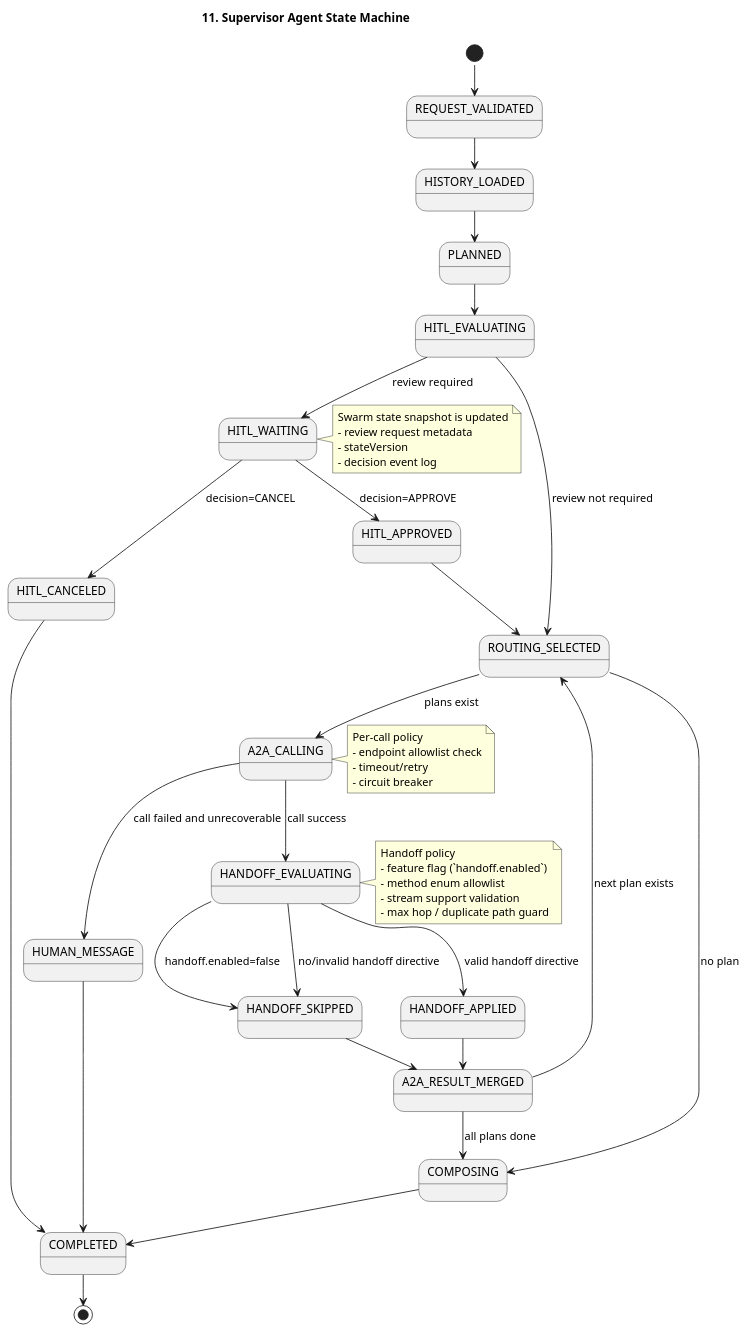
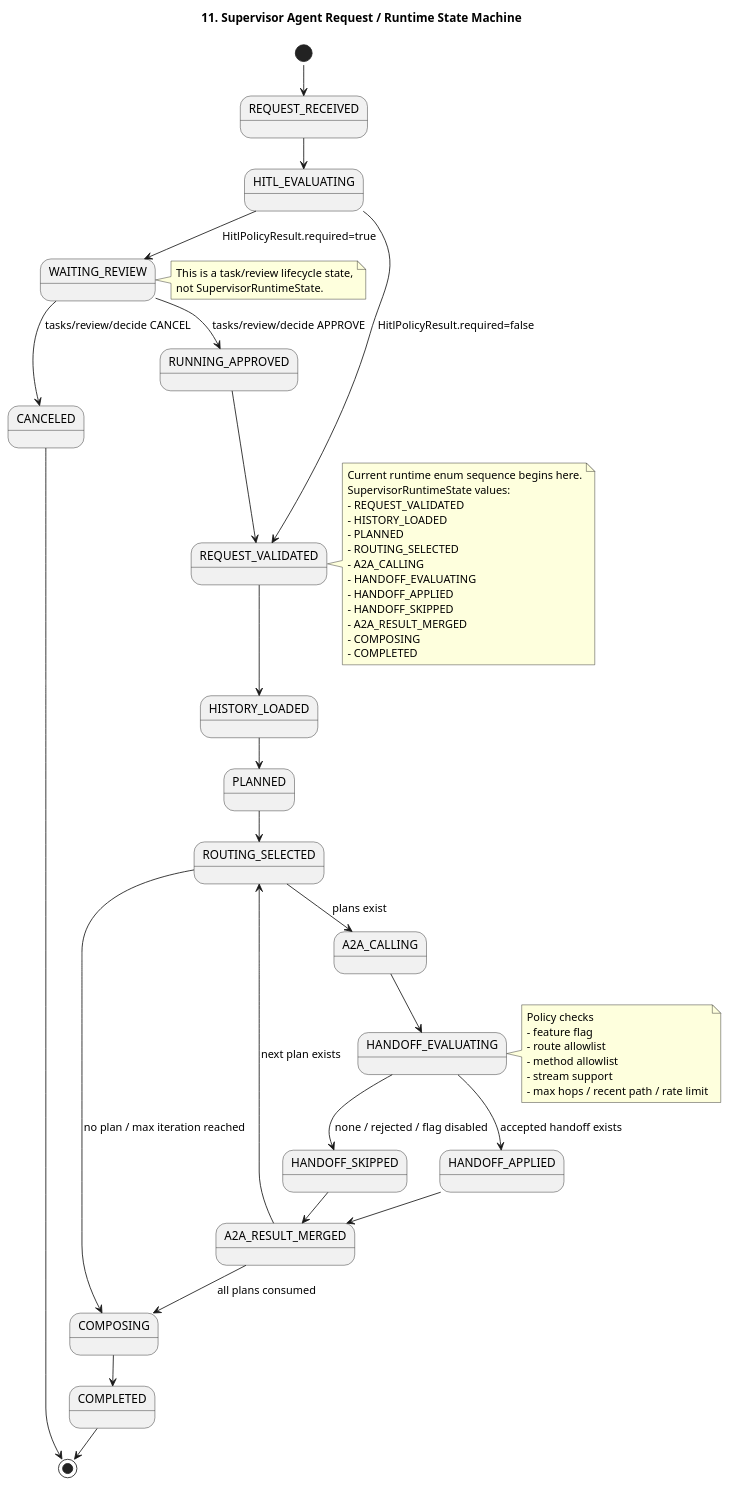
The diagram in documents/a2a-host_agent-architecture/11-supervisor-state-machine.puml (kim57uak/spring-ai), drawn with PlantUML before and after one commit. The commit also changed 15 other files, not shown here.

```diff
--- a/documents/a2a-host_agent-architecture/11-supervisor-state-machine.puml
+++ b/documents/a2a-host_agent-architecture/11-supervisor-state-machine.puml
@@ -1,65 +1,65 @@
 @startuml
 !pragma layout smetana
-title 11. Supervisor Agent State Machine
+title 11. Supervisor Agent Request / Runtime State Machine
 
 skinparam shadowing false
 
-[*] --> REQUEST_VALIDATED
+[*] --> REQUEST_RECEIVED
+REQUEST_RECEIVED --> HITL_EVALUATING
+
+HITL_EVALUATING --> WAITING_REVIEW : HitlPolicyResult.required=true
+HITL_EVALUATING --> REQUEST_VALIDATED : HitlPolicyResult.required=false
+
+WAITING_REVIEW --> RUNNING_APPROVED : tasks/review/decide APPROVE
+WAITING_REVIEW --> CANCELED : tasks/review/decide CANCEL
+
+RUNNING_APPROVED --> REQUEST_VALIDATED
+
 REQUEST_VALIDATED --> HISTORY_LOADED
 HISTORY_LOADED --> PLANNED
-PLANNED --> HITL_EVALUATING
-HITL_EVALUATING --> HITL_WAITING : review required
-HITL_EVALUATING --> ROUTING_SELECTED : review not required
-HITL_WAITING --> HITL_APPROVED : decision=APPROVE
-HITL_WAITING --> HITL_CANCELED : decision=CANCEL
-HITL_APPROVED --> ROUTING_SELECTED
-HITL_CANCELED --> COMPLETED
+PLANNED --> ROUTING_SELECTED
+ROUTING_SELECTED --> A2A_CALLING : plans exist
+ROUTING_SELECTED --> COMPOSING : no plan / max iteration reached
 
-ROUTING_SELECTED --> A2A_CALLING : plans exist
-ROUTING_SELECTED --> COMPOSING : no plan
-
-A2A_CALLING --> HANDOFF_EVALUATING : call success
-A2A_CALLING --> HUMAN_MESSAGE : call failed and unrecoverable
-HANDOFF_EVALUATING --> HANDOFF_SKIPPED : handoff.enabled=false
-HANDOFF_EVALUATING --> HANDOFF_APPLIED : valid handoff directive
-HANDOFF_EVALUATING --> HANDOFF_SKIPPED : no/invalid handoff directive
+A2A_CALLING --> HANDOFF_EVALUATING
+HANDOFF_EVALUATING --> HANDOFF_APPLIED : accepted handoff exists
+HANDOFF_EVALUATING --> HANDOFF_SKIPPED : none / rejected / flag disabled
 HANDOFF_APPLIED --> A2A_RESULT_MERGED
 HANDOFF_SKIPPED --> A2A_RESULT_MERGED
 A2A_RESULT_MERGED --> ROUTING_SELECTED : next plan exists
-A2A_RESULT_MERGED --> COMPOSING : all plans done
+A2A_RESULT_MERGED --> COMPOSING : all plans consumed
 
 COMPOSING --> COMPLETED
-HUMAN_MESSAGE --> COMPLETED
+CANCELED --> [*]
 COMPLETED --> [*]
 
-note right of A2A_CALLING
-Per-call policy
-- endpoint allowlist check
-- timeout/retry
-- circuit breaker
+note right of WAITING_REVIEW
+This is a task/review lifecycle state,
+not SupervisorRuntimeState.
+end note
+
+note right of REQUEST_VALIDATED
+Current runtime enum sequence begins here.
+SupervisorRuntimeState values:
+- REQUEST_VALIDATED
+- HISTORY_LOADED
+- PLANNED
+- ROUTING_SELECTED
+- A2A_CALLING
+- HANDOFF_EVALUATING
+- HANDOFF_APPLIED
+- HANDOFF_SKIPPED
+- A2A_RESULT_MERGED
+- COMPOSING
+- COMPLETED
 end note
 
 note right of HANDOFF_EVALUATING
-Handoff policy
-- feature flag (`handoff.enabled`)
-- method enum allowlist
-- stream support validation
-- max hop / duplicate path guard
+Policy checks
+- feature flag
+- route allowlist
+- method allowlist
+- stream support
+- max hops / recent path / rate limit
 end note
-
-note left of HITL_WAITING
-Swarm state snapshot is updated
-- review request metadata
-- stateVersion
-- decision event log
-end note
-
-' 2026-04-13 sync with doc 34
-' - add handoff evaluating/applied/skipped states
-' - include feature-flag and handoff guardrails
-' 2026-04-12 sync with docs 30/31
-' - Scope: HITL decision limited to APPROVE/CANCEL in current phase
-' - Data mutation requests (create/update/delete) require mandatory HITL
-' - A2A compatibility mode keeps both legacy and v1.0 methods
-' - User profile input collection is deferred to next phase
 @enduml
```
